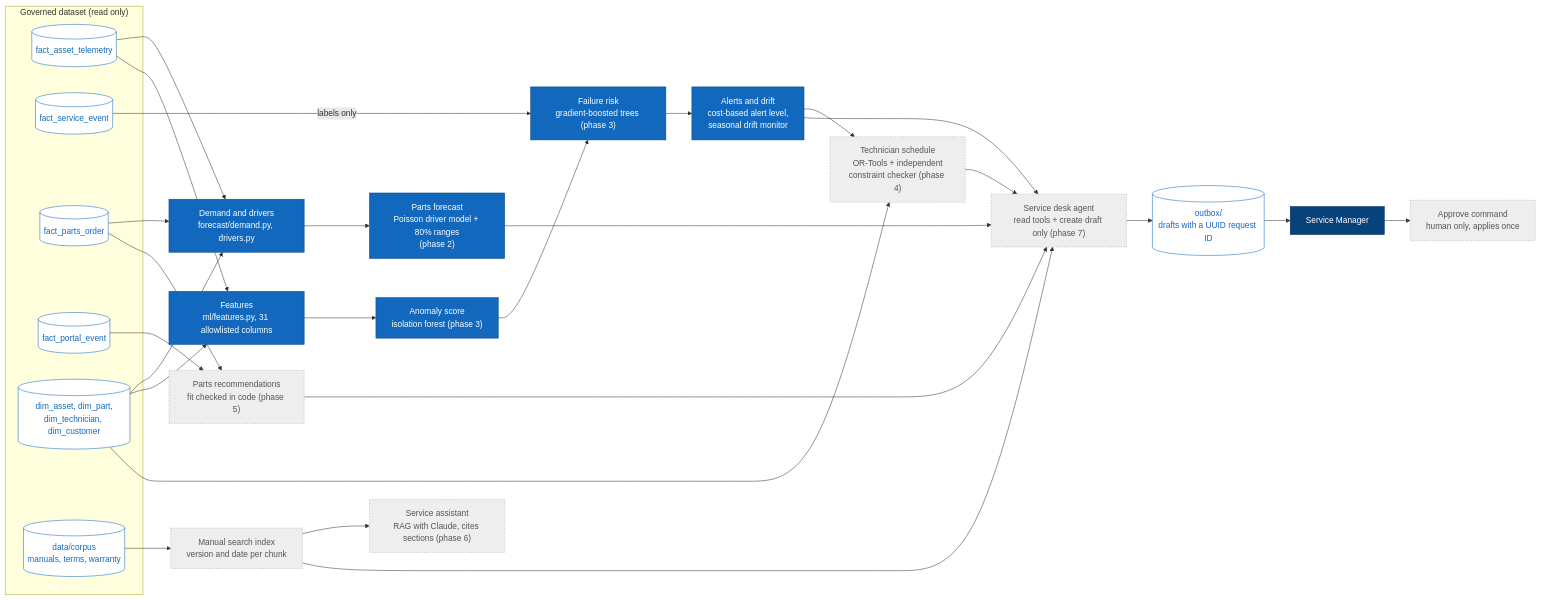
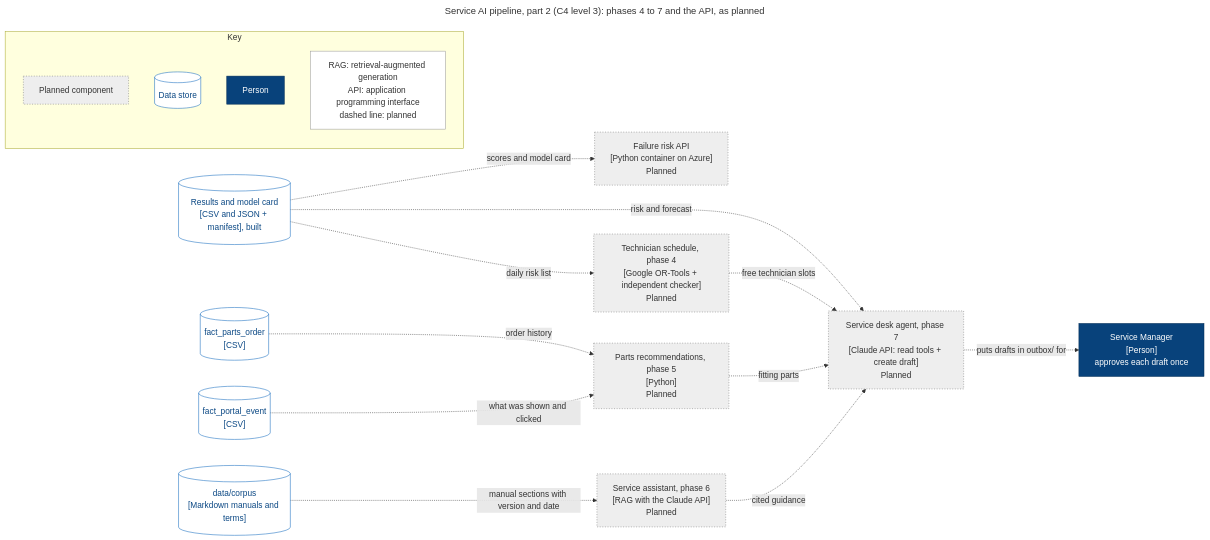
Before and after one commit to voneeci/fjordvik: the fourth of 4 diagrams in docs/architecture.md, drawn with Mermaid. The commit also changed other lines of this file and 5 other files, not shown here.

First line of the commit message:
docs: diagrams to the C4 checklist, metric catalogue, folder proposal

````diff
--- a/docs/architecture.md
+++ b/docs/architecture.md
@@ -144,51 +250,42 @@
 ```mermaid
+---
+title: "Service AI pipeline, part 2 (C4 level 3): phases 4 to 7 and the API, as planned"
+---
 flowchart LR
     classDef built fill:#1168bd,color:#ffffff,stroke:#0b4884
-    classDef planned fill:#eeeeee,color:#555555,stroke:#999999,stroke-dasharray:2 3
-    classDef store fill:#ffffff,color:#1168bd,stroke:#1168bd
+    classDef planned fill:#eeeeee,color:#333333,stroke:#777777,stroke-dasharray:2 3
+    classDef store fill:#ffffff,color:#0b4884,stroke:#1168bd
+    classDef lock fill:#fff4d6,color:#5c4400,stroke:#8a6d00
     classDef person fill:#08427b,color:#ffffff,stroke:#052e56
+    classDef note fill:#ffffff,color:#333333,stroke:#999999
 
-    subgraph IN["Governed dataset (read only)"]
-        TEL[("fact_asset_telemetry")]:::store
-        EVT[("fact_service_event")]:::store
-        ORD[("fact_parts_order")]:::store
-        POR[("fact_portal_event")]:::store
-        MAS[("dim_asset, dim_part,<br/>dim_technician, dim_customer")]:::store
-        COR[("data/corpus<br/>manuals, terms, warranty")]:::store
+    subgraph KEY["Key"]
+        direction TB
+        KP["Planned component"]:::planned
+        KS[("Data store")]:::store
+        KH["Person"]:::person
+        KN["RAG: retrieval-augmented generation<br/>API: application programming interface<br/>dashed line: planned"]:::note
     end
 
-    DEM["Demand and drivers<br/>forecast/demand.py, drivers.py"]:::built
-    FC["Parts forecast<br/>Poisson driver model + 80% ranges<br/>(phase 2)"]:::built
-    FEAT["Features<br/>ml/features.py, 31 allowlisted columns"]:::built
-    ANO["Anomaly score<br/>isolation forest (phase 3)"]:::built
-    CLF["Failure risk<br/>gradient-boosted trees (phase 3)"]:::built
-    ALR["Alerts and drift<br/>cost-based alert level,<br/>seasonal drift monitor"]:::built
-    SCH["Technician schedule<br/>OR-Tools + independent<br/>constraint checker (phase 4)"]:::planned
-    REC["Parts recommendations<br/>fit checked in code (phase 5)"]:::planned
-    IDX["Manual search index<br/>version and date per chunk"]:::planned
-    AST["Service assistant<br/>RAG with Claude, cites sections (phase 6)"]:::planned
-    AGT["Service desk agent<br/>read tools + create draft only (phase 7)"]:::planned
-    OUT[("outbox/<br/>drafts with a UUID request ID")]:::store
-    APP["Approve command<br/>human only, applies once"]:::planned
-    REV["Service Manager"]:::person
+    RES[("Results and model card<br/>[CSV and JSON + manifest], built")]:::store
+    ORD[("fact_parts_order<br/>[CSV]")]:::store
+    POR[("fact_portal_event<br/>[CSV]")]:::store
+    COR[("data/corpus<br/>[Markdown manuals and terms]")]:::store
+    API["Failure risk API<br/>[Python container on Azure]<br/>Planned"]:::planned
+    SCH["Technician schedule, phase 4<br/>[Google OR-Tools + independent checker]<br/>Planned"]:::planned
+    REC["Parts recommendations, phase 5<br/>[Python]<br/>Planned"]:::planned
+    AST["Service assistant, phase 6<br/>[RAG with the Claude API]<br/>Planned"]:::planned
+    AGT["Service desk agent, phase 7<br/>[Claude API: read tools + create draft]<br/>Planned"]:::planned
+    REV["Service Manager<br/>[Person]<br/>approves each draft once"]:::person
 
-    ORD --> DEM
-    TEL --> DEM
-    MAS --> DEM
-    DEM --> FC
-    TEL --> FEAT
-    MAS --> FEAT
-    EVT -->|"labels only"| CLF
-    FEAT --> ANO --> CLF --> ALR
-    ALR --> SCH
-    MAS --> SCH
-    ORD --> REC
-    POR --> REC
-    COR --> IDX --> AST
-    ALR --> AGT
-    FC --> AGT
-    REC --> AGT
-    IDX --> AGT
-    SCH --> AGT
-    AGT --> OUT --> REV --> APP
+    RES -.->|"scores and model card"| API
+    RES -.->|"daily risk list"| SCH
+    ORD -.->|"order history"| REC
+    POR -.->|"what was shown and clicked"| REC
+    COR -.->|"manual sections with version and date"| AST
+    RES -.->|"risk and forecast"| AGT
+    SCH -.->|"free technician slots"| AGT
+    REC -.->|"fitting parts"| AGT
+    AST -.->|"cited guidance"| AGT
+    AGT -.->|"puts drafts in outbox/ for"| REV
 ```
````
